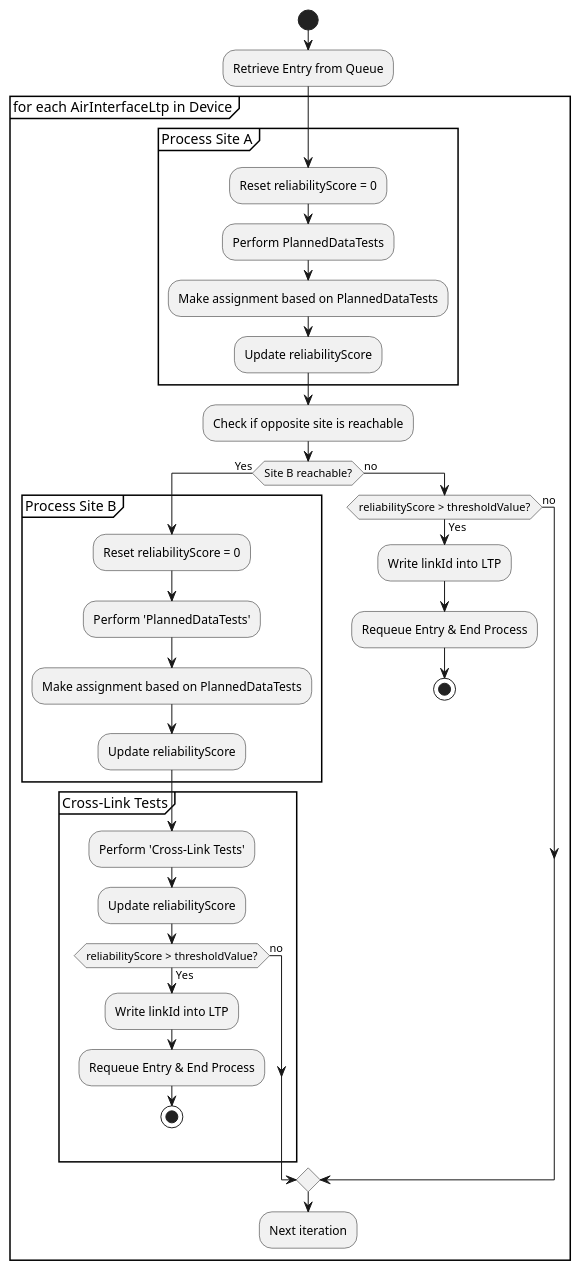
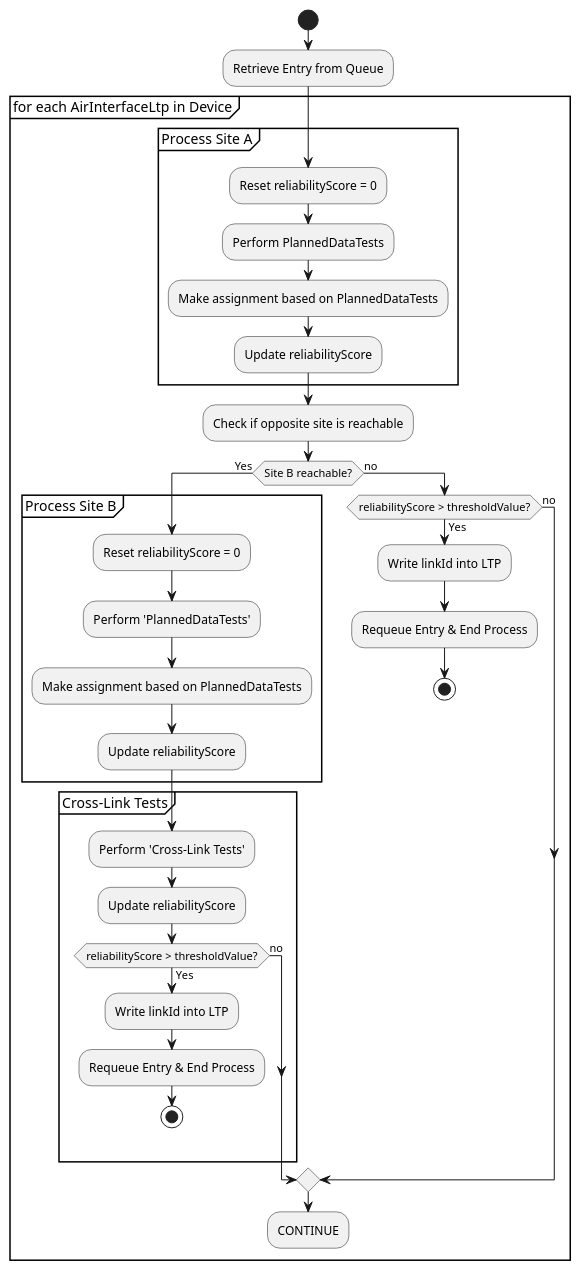
One commit to openBackhaul/LinkIdIntoLtpWriter changed the diagram in spec/Diagrams/HQ_flow.plantuml. Above: the diagram before and after it, drawn with PlantUML.

Commit message:
Update flowchart for HQ

```diff
--- a/spec/Diagrams/HQ_flow.plantuml
+++ b/spec/Diagrams/HQ_flow.plantuml
@@ -1,51 +1,51 @@
 @startuml
 start
 
 :Retrieve Entry from Queue;
 
 group for each AirInterfaceLtp in Device
   
     group Process Site A
         :Reset reliabilityScore = 0;
         :Perform PlannedDataTests;
         :Make assignment based on PlannedDataTests;
         :Update reliabilityScore;
     end group
 
     :Check if opposite site is reachable;
 
     if (Site B reachable?) then (Yes)
         group Process Site B
             :Reset reliabilityScore = 0;
             :Perform 'PlannedDataTests';
             :Make assignment based on PlannedDataTests;
             :Update reliabilityScore;
         end group
 
 
     group Cross-Link Tests
         :Perform 'Cross-Link Tests';
         :Update reliabilityScore; 
         if (reliabilityScore > thresholdValue?) then (Yes)
             :Write linkId into LTP;
             :Requeue Entry & End Process;
             stop
         else (no)
         endif
 
     end group
 
     else (no)
         if (reliabilityScore > thresholdValue?) then (Yes)
             :Write linkId into LTP;
             :Requeue Entry & End Process;
             stop
         else (no)
         endif
     endif
 
-    :Next iteration;
+    :CONTINUE;
 
 end group
 
 @enduml
```
